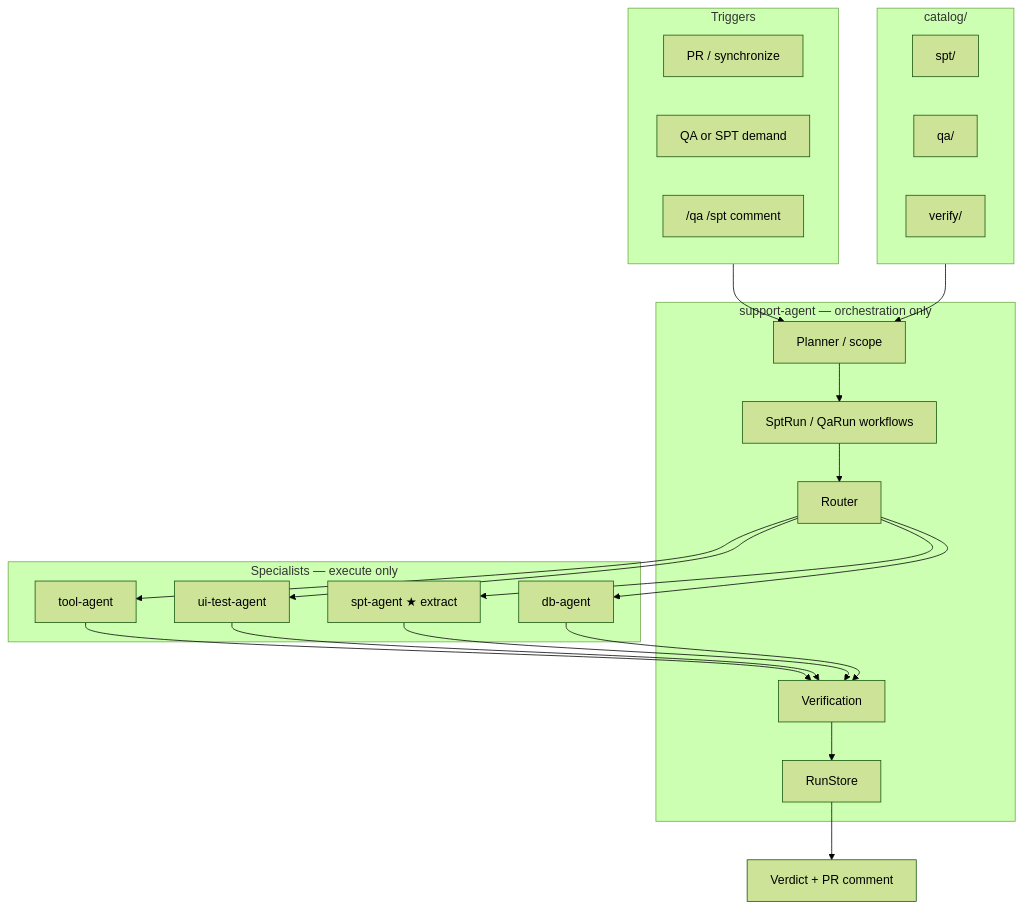
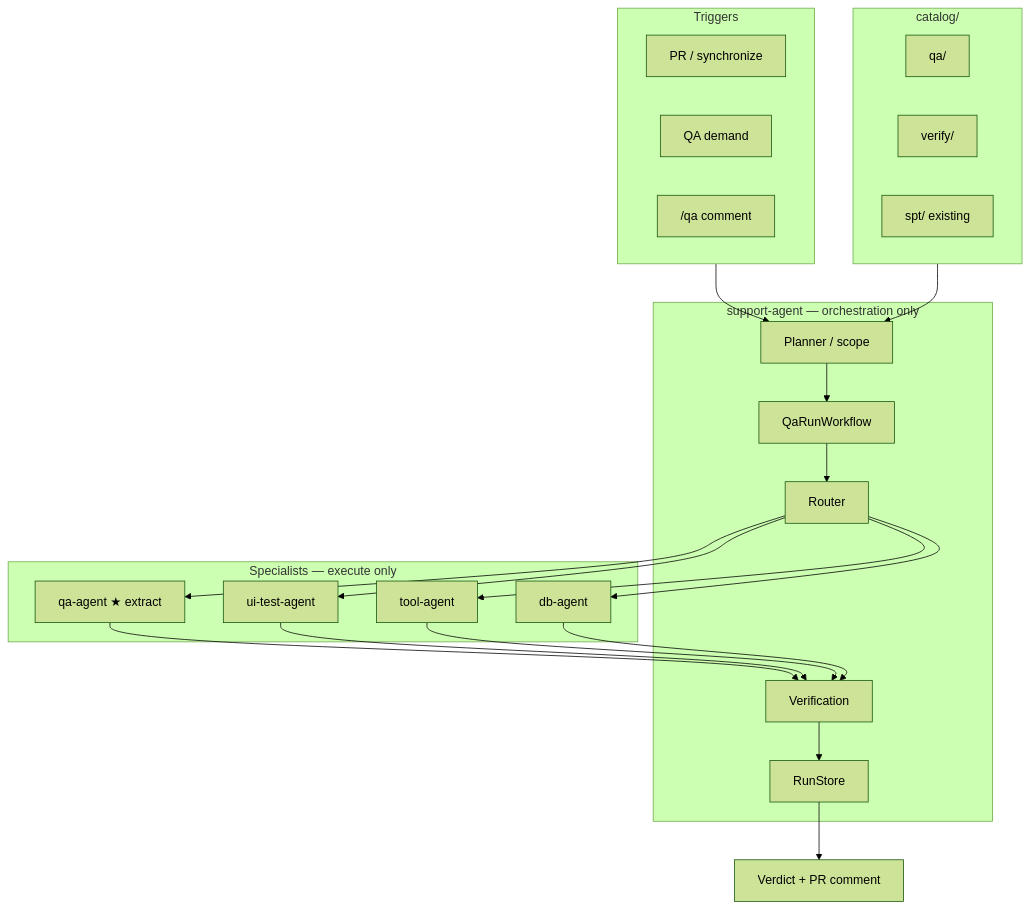
The diagram in qa-agent/PLAN.md (AM-Portfolio/.github), drawn with Mermaid (forest theme) before and after one commit. The commit also changed other lines of this file and 11 other files, not shown here.

First line of the commit message:
Plan: extract qa-agent specialist; keep orchestration in support-agent

````diff
--- a/qa-agent/PLAN.md
+++ b/qa-agent/PLAN.md
@@ -61,38 +60,38 @@
 ```mermaid
 flowchart TB
     subgraph triggers [Triggers]
         PR[PR / synchronize]
-        DEM[QA or SPT demand]
-        CMD["/qa /spt comment"]
+        DEM[QA demand]
+        CMD["/qa comment"]
     end
 
     subgraph sa [support-agent — orchestration only]
         P[Planner / scope]
         R[Router]
-        W[SptRun / QaRun workflows]
+        W[QaRunWorkflow]
         V[Verification]
         RS[RunStore]
     end
 
     subgraph specialists [Specialists — execute only]
+        QA[qa-agent ★ extract]
+        UI[ui-test-agent]
         TA[tool-agent]
-        UI[ui-test-agent]
-        SPT[spt-agent ★ extract]
         DB[db-agent]
     end
 
     subgraph catalog [catalog/]
-        SPTC[spt/]
         QAC[qa/]
         VER[verify/]
+        SPTC[spt/ existing]
     end
 
     triggers --> P
     catalog --> P
     P --> W
     W --> R
-    R --> TA & UI & SPT & DB
-    TA & UI & SPT & DB --> V
+    R --> QA & UI & TA & DB
+    QA & UI & TA & DB --> V
     V --> RS
     RS --> OUT[Verdict + PR comment]
 ```
````
